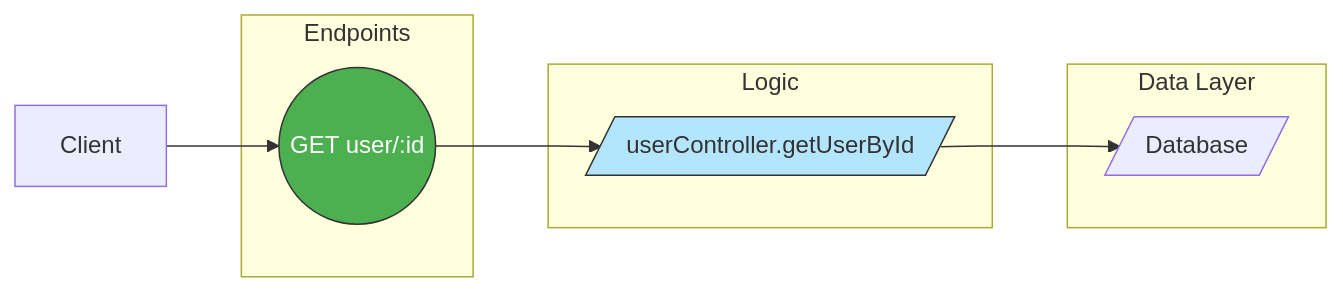
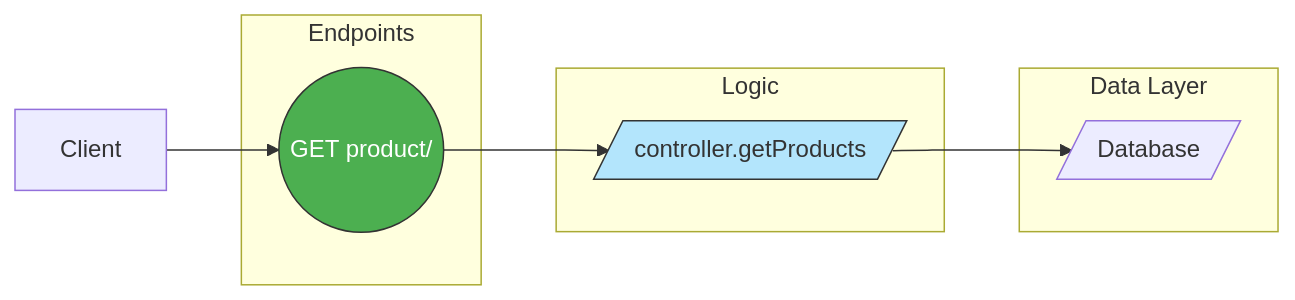
The first of 2 diagrams in docs/docs/architecture.md (ylu211/Documentation-POC), drawn with Mermaid before and after one commit. The commit also changed other lines of this file and 31 other files, not shown here.

````diff
--- a/docs/docs/architecture.md
+++ b/docs/docs/architecture.md
@@ -79,30 +9,30 @@
 ```mermaid
 graph LR
 
 classDef GET fill:#4caf50,stroke:#333,stroke-width:1px,color:#fff,rx:10,ry:10;
 classDef POST fill:#2196f3,stroke:#333,stroke-width:1px,color:#fff,rx:10,ry:10;
 classDef PUT fill:#ff9800,stroke:#333,stroke-width:1px,color:#fff,rx:10,ry:10;
 classDef DELETE fill:#f44346,stroke:#333,stroke-width:1px,color:#fff,rx:10,ry:10;
 classDef LAYER fill:#b3e5fc,stroke:#333,stroke-width:1px,color:#333;
 
 
 subgraph Endpoints
-  GET_user_272(("GET user/:id"))
+  GET_product_715(("GET product/"))
 end
 
 subgraph Logic
-  Controller_userController.getUserById_0[/userController.getUserById/]
+  Controller_controller.getProducts_0[/controller.getProducts/]
 end
 
 subgraph Data Layer
-  database_user[/Database/]
+  database_product[/Database/]
 end
 
-  Client --> GET_user_272
-  GET_user_272 --> Controller_userController.getUserById_0
-  Controller_userController.getUserById_0 --> database_user
+  Client --> GET_product_715
+  GET_product_715 --> Controller_controller.getProducts_0
+  Controller_controller.getProducts_0 --> database_product
 
-  class GET_user_272 GET;
-  class Controller_userController.getUserById_0 LAYER;
+  class GET_product_715 GET;
+  class Controller_controller.getProducts_0 LAYER;
 
 ```
````
